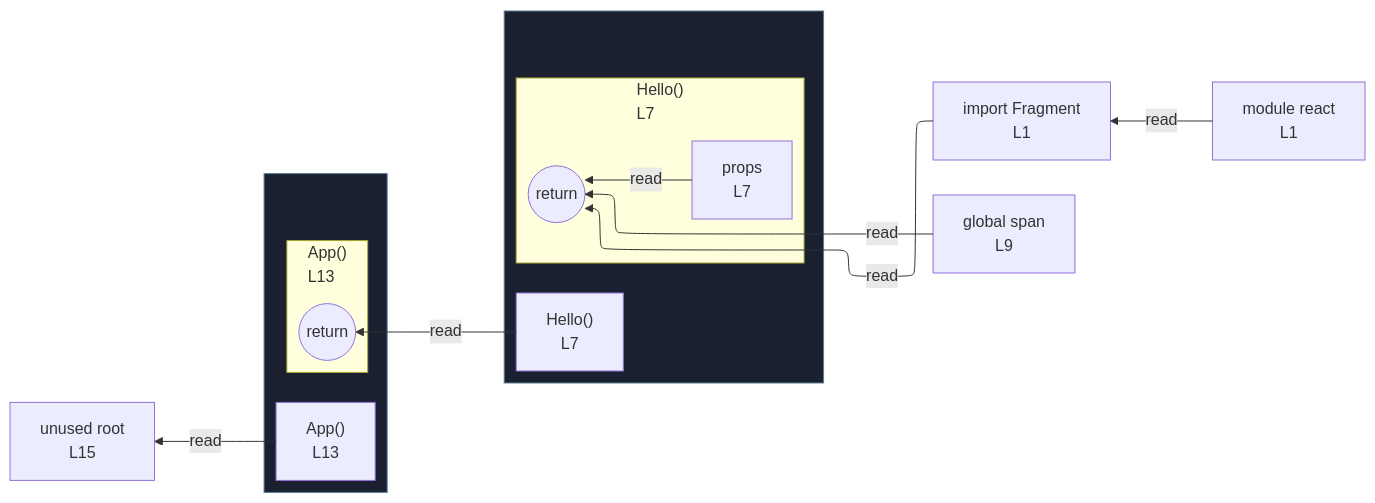
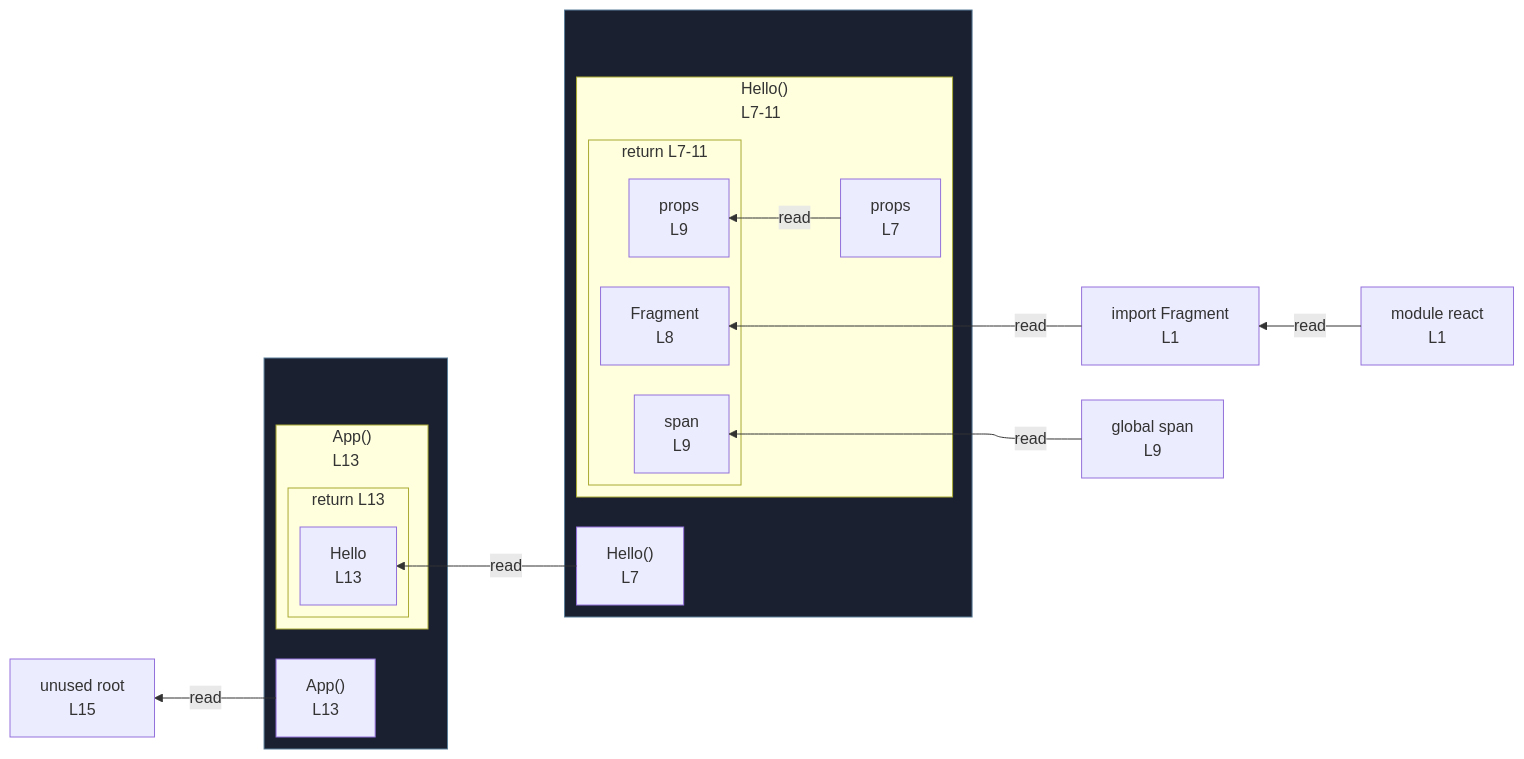
The diagram in integration/fixtures/jsx-component/preview.md (crescware/unsnarl), drawn with Mermaid before and after one commit. The commit also changed 125 other files, not shown here.

````diff
--- a/integration/fixtures/jsx-component/preview.md
+++ b/integration/fixtures/jsx-component/preview.md
@@ -25,34 +25,42 @@
 ```mermaid
 %%{init: {"flowchart": {"defaultRenderer": "elk"}}}%%
 flowchart RL
   n_scope_0_Fragment_9["import Fragment<br/>L1"]
   n_scope_0_root_237["unused root<br/>L15"]
   n_scope_0_span_125["global span<br/>L9"]
   subgraph wrap_s_scope_1[" "]
     direction TB
     n_scope_0_Hello_79["Hello()<br/>L7"]
-    subgraph s_scope_1["Hello()<br/>L7"]
+    subgraph s_scope_1["Hello()<br/>L7-11"]
       direction RL
-      return_scope_0_Hello_79((return))
       n_scope_1_props_88["props<br/>L7"]
+      subgraph s_return_scope_0_Hello_79["return L7-11"]
+        direction RL
+        ret_use_ref_0["Fragment<br/>L8"]
+        ret_use_ref_1["span<br/>L9"]
+        ret_use_ref_2["props<br/>L9"]
+      end
     end
   end
   subgraph wrap_s_scope_2[" "]
     direction TB
     n_scope_0_App_196["App()<br/>L13"]
     subgraph s_scope_2["App()<br/>L13"]
       direction RL
-      return_scope_0_App_196((return))
+      subgraph s_return_scope_0_App_196["return L13"]
+        direction RL
+        ret_use_ref_3["Hello<br/>L13"]
+      end
     end
   end
-  n_scope_0_Fragment_9 -->|read| return_scope_0_Hello_79
-  n_scope_0_span_125 -->|read| return_scope_0_Hello_79
-  n_scope_1_props_88 -->|read| return_scope_0_Hello_79
-  n_scope_0_Hello_79 -->|read| return_scope_0_App_196
+  n_scope_0_Fragment_9 -->|read| ret_use_ref_0
+  n_scope_0_span_125 -->|read| ret_use_ref_1
+  n_scope_1_props_88 -->|read| ret_use_ref_2
+  n_scope_0_Hello_79 -->|read| ret_use_ref_3
   n_scope_0_App_196 -->|read| n_scope_0_root_237
   mod_react["module react<br/>L1"]
   mod_react -->|read| n_scope_0_Fragment_9
   classDef fnWrap fill:#1a2030,stroke:#5a7d99;
   class wrap_s_scope_1 fnWrap;
   class wrap_s_scope_2 fnWrap;
 ```
````
